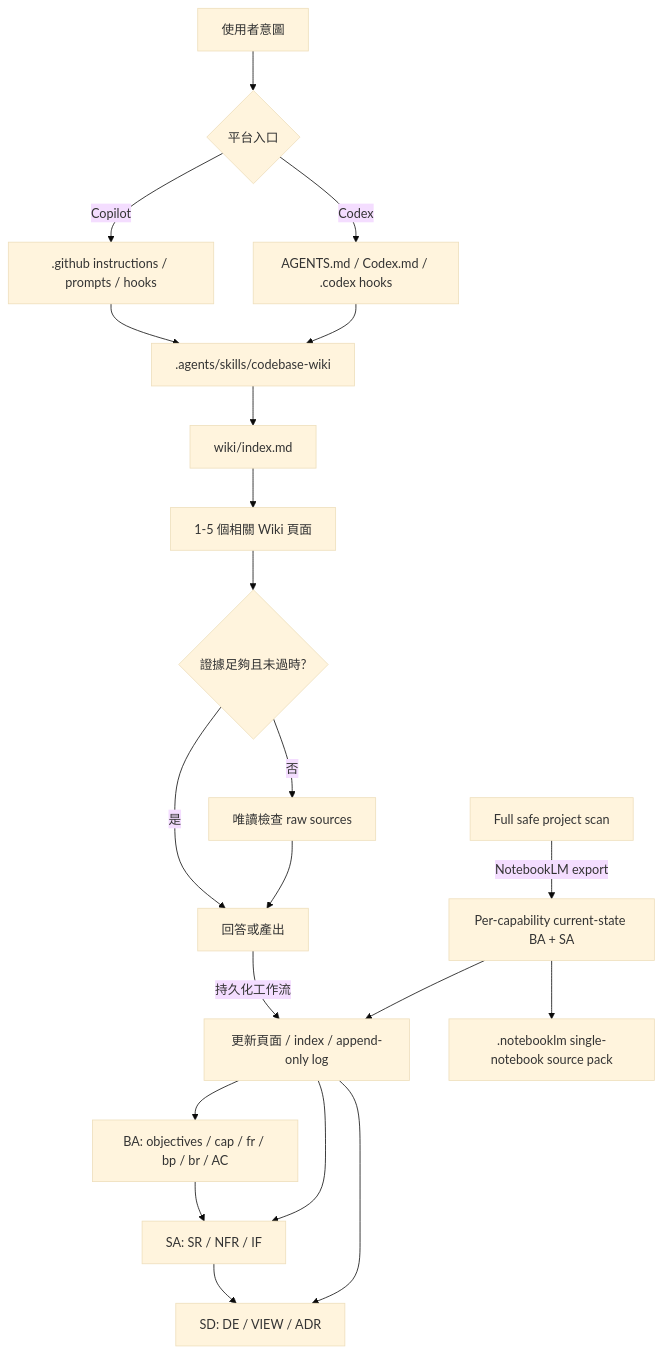
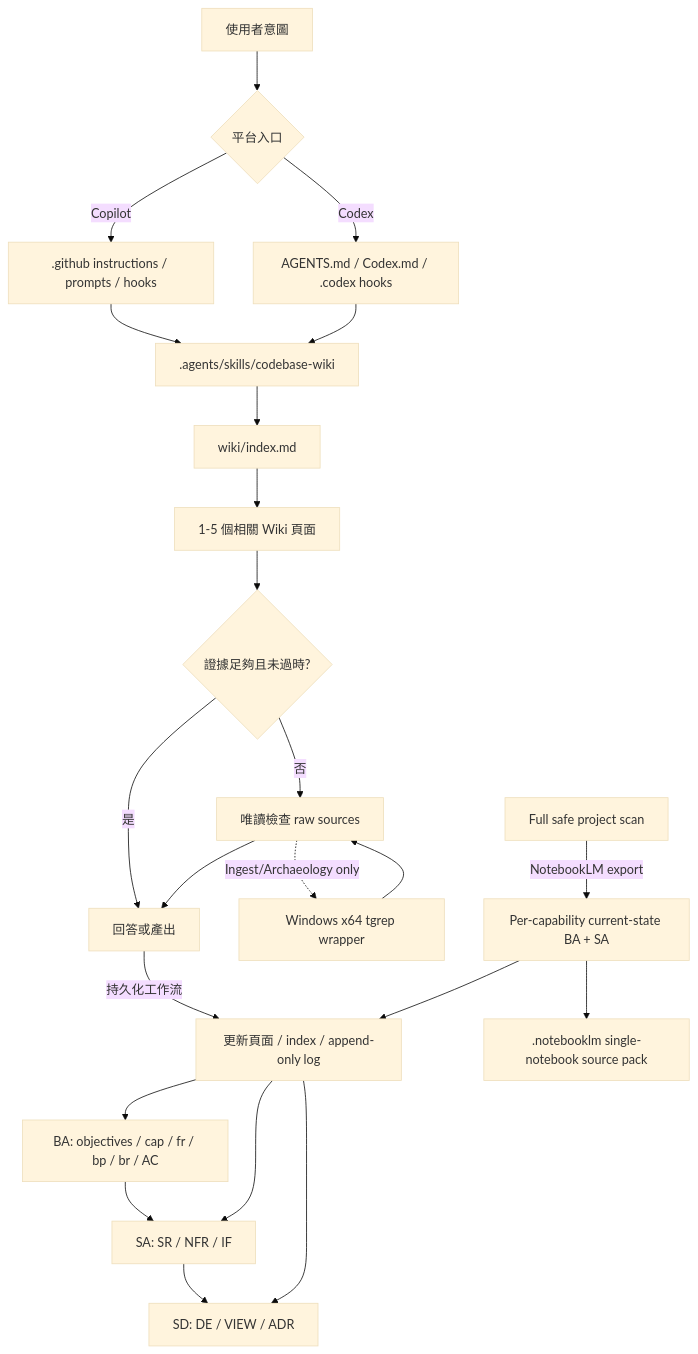
Before and after one commit to dennis8499/code-base-llm-wiki: the diagram in docs/product/architecture/README.md, drawn with Mermaid (base theme). The commit also changed other lines of this file and 46 other files, not shown here.

First line of the commit message:
feat: 整合 Windows x64 tgrep 來源探索流程

````diff
--- a/docs/product/architecture/README.md
+++ b/docs/product/architecture/README.md
@@ -13,23 +13,25 @@
 ```mermaid
 flowchart TB
     User[使用者意圖] --> Entry{平台入口}
     Entry -->|Copilot| GH[.github instructions / prompts / hooks]
     Entry -->|Codex| CX[AGENTS.md / Codex.md / .codex hooks]
     GH --> Skill[.agents/skills/codebase-wiki]
     CX --> Skill
     Skill --> Index[wiki/index.md]
     Index --> Pages[1-5 個相關 Wiki 頁面]
     Pages --> Enough{證據足夠且未過時?}
     Enough -->|是| Result[回答或產出]
     Enough -->|否| Sources[唯讀檢查 raw sources]
+    Sources -.->|Ingest/Archaeology only| Tgrep[Windows x64 tgrep wrapper]
+    Tgrep --> Sources
     Sources --> Result
     Result -->|持久化工作流| Wiki[更新頁面 / index / append-only log]
     BA[BA: objectives / cap / fr / bp / br / AC] --> SA[SA: SR / NFR / IF]
     SA --> SD[SD: DE / VIEW / ADR]
     Wiki --> BA
     Wiki --> SA
     Wiki --> SD
     Project[Full safe project scan] -->|NotebookLM export| Docs[Per-capability current-state BA + SA]
     Docs --> Wiki
     Docs --> Pack[.notebooklm single-notebook source pack]
 ```
````
